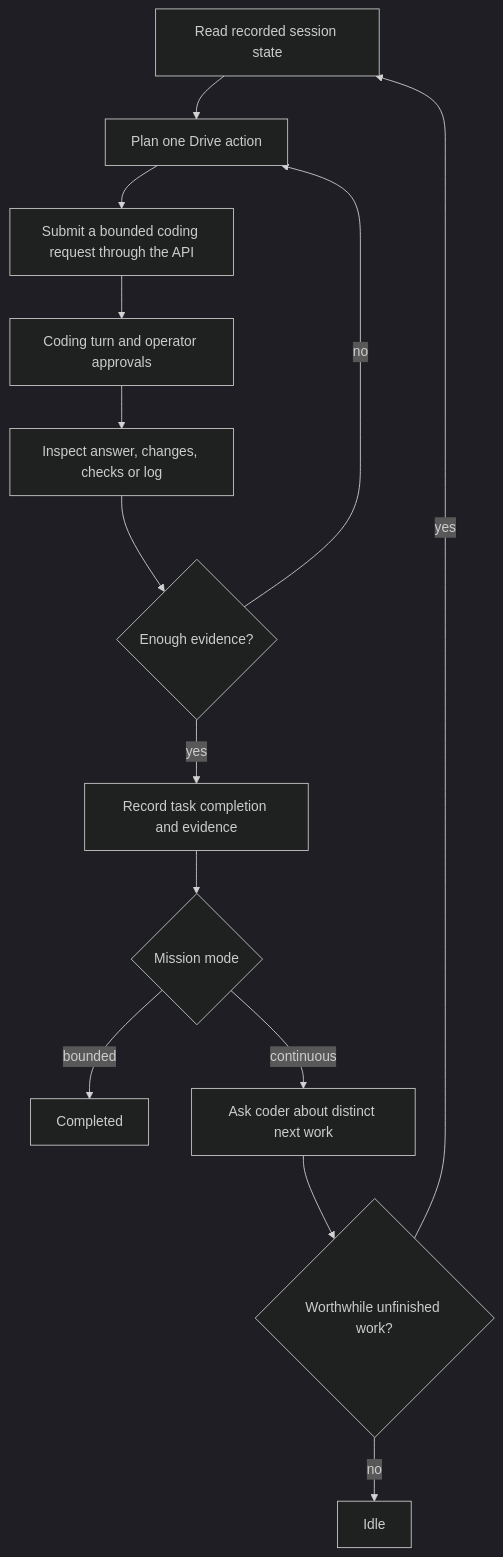
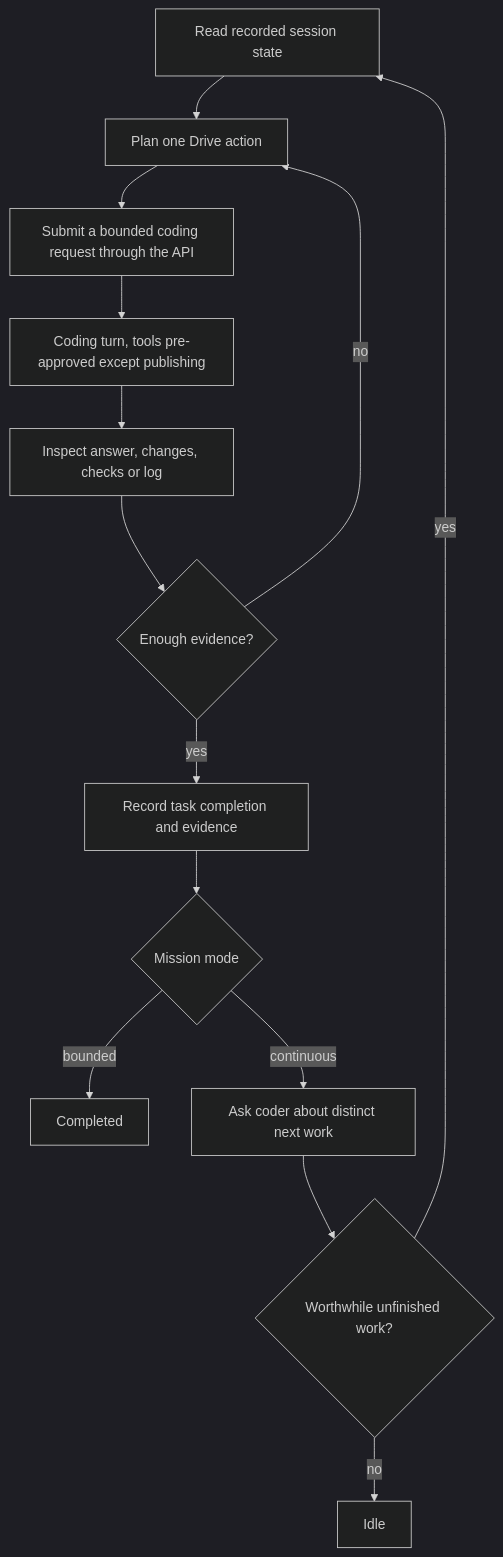
One commit to Shingi-Michael/demesne-cli changed the second of 2 diagrams in docs/agent-drive.md. Above: the diagram before and after it, drawn with Mermaid (dark theme). The commit also changed other lines of this file and 8 other files, not shown here.

````diff
--- a/docs/agent-drive.md
+++ b/docs/agent-drive.md
@@ -64,16 +64,16 @@
 ```mermaid
 flowchart TD
     Observe[Read recorded session state] --> Decide[Plan one Drive action]
     Decide --> Submit[Submit a bounded coding request through the API]
-    Submit --> Worker[Coding turn and operator approvals]
+    Submit --> Worker[Coding turn, tools pre-approved except publishing]
     Worker --> Inspect[Inspect answer, changes, checks or log]
     Inspect --> Judge{Enough evidence?}
     Judge -->|no| Decide
     Judge -->|yes| Record[Record task completion and evidence]
     Record --> Mode{Mission mode}
     Mode -->|bounded| Finished[Completed]
     Mode -->|continuous| Consult[Ask coder about distinct next work]
     Consult --> Next{Worthwhile unfinished work?}
     Next -->|yes| Observe
     Next -->|no| Idle[Idle]
 ```
````
